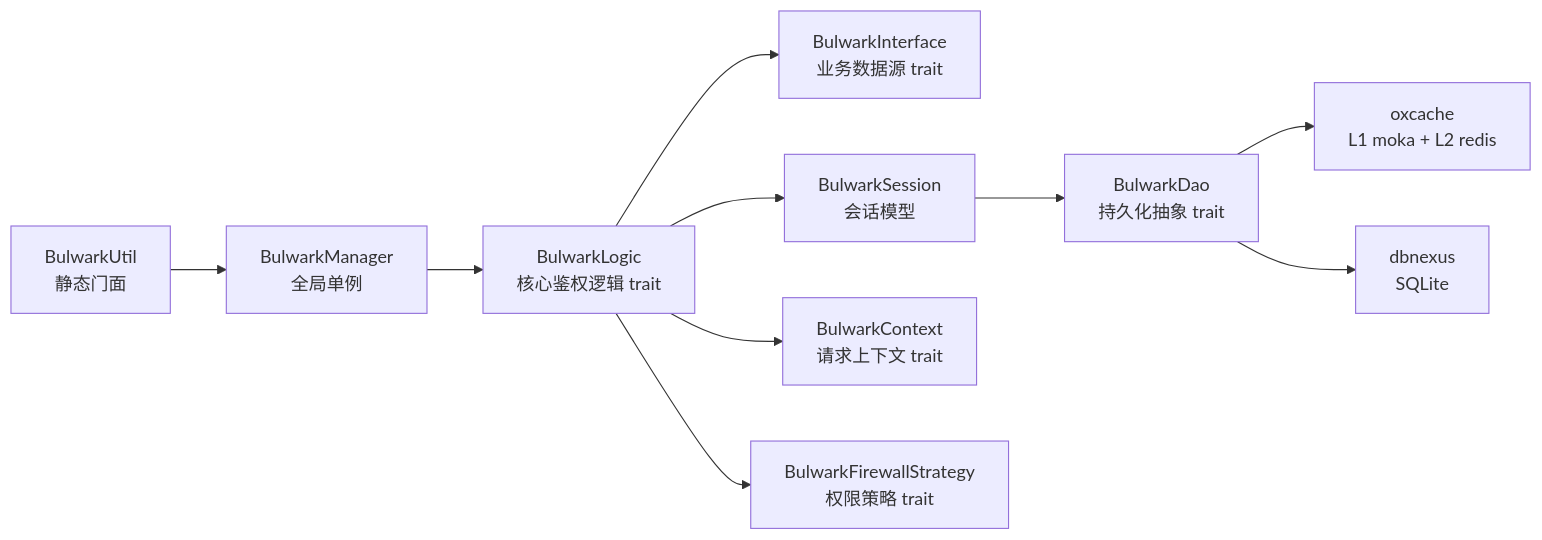
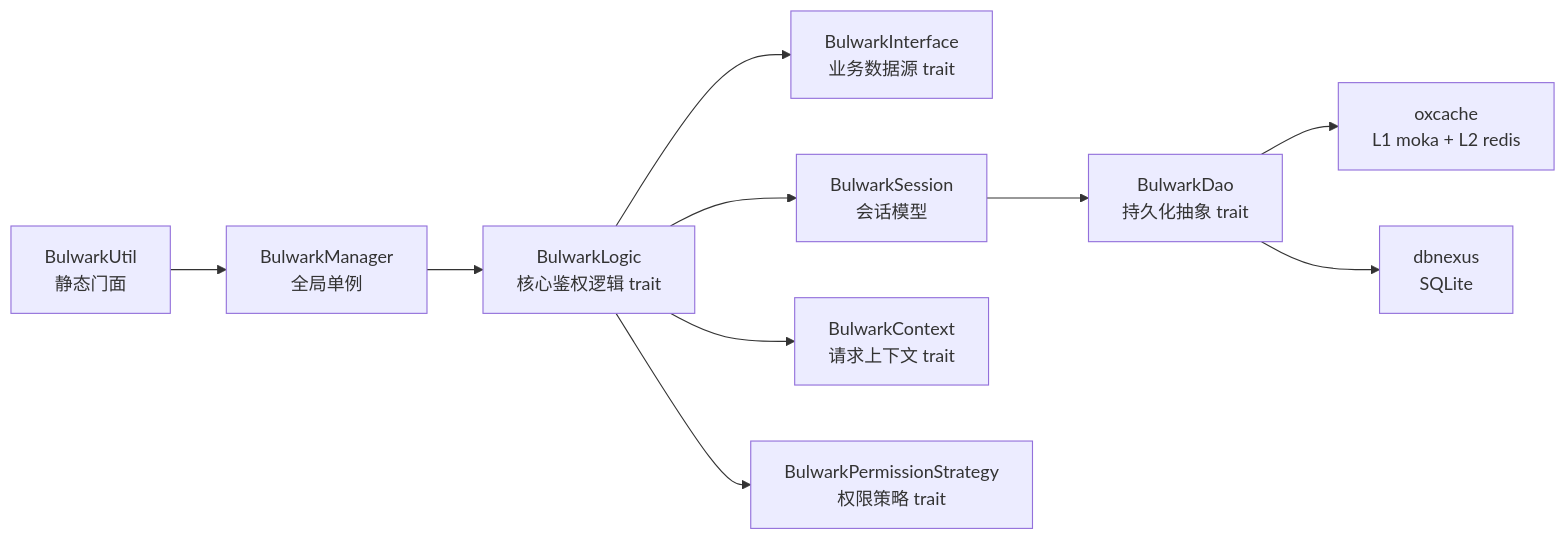
Before and after one commit to Kirky-X/garrison: the second of 3 diagrams in docs/ARCHITECTURE.md, drawn with Mermaid. The commit also changed other lines of this file and 19 other files, not shown here.

First line of the commit message:
refactor(strategy): rename BulwarkFirewallStrategy → BulwarkPermissionStrategy (H5 prereq)

````diff
--- a/docs/ARCHITECTURE.md
+++ b/docs/ARCHITECTURE.md
@@ -160,21 +160,21 @@
 ```mermaid
 graph LR
     BL[BulwarkLogic<br/>核心鉴权逻辑 trait]
     BI[BulwarkInterface<br/>业务数据源 trait]
     BD[BulwarkDao<br/>持久化抽象 trait]
     BS[BulwarkSession<br/>会话模型]
     BC[BulwarkContext<br/>请求上下文 trait]
-    BFS[BulwarkFirewallStrategy<br/>权限策略 trait]
+    BFS[BulwarkPermissionStrategy<br/>权限策略 trait]
     BM[BulwarkManager<br/>全局单例]
     BU[BulwarkUtil<br/>静态门面]
 
     BU --> BM
     BM --> BL
     BL --> BS
     BL --> BFS
     BL --> BC
     BS --> BD
     BL --> BI
     BD --> oxcache[oxcache<br/>L1 moka + L2 redis]
     BD --> dbnexus[dbnexus<br/>SQLite]
 ```
````
